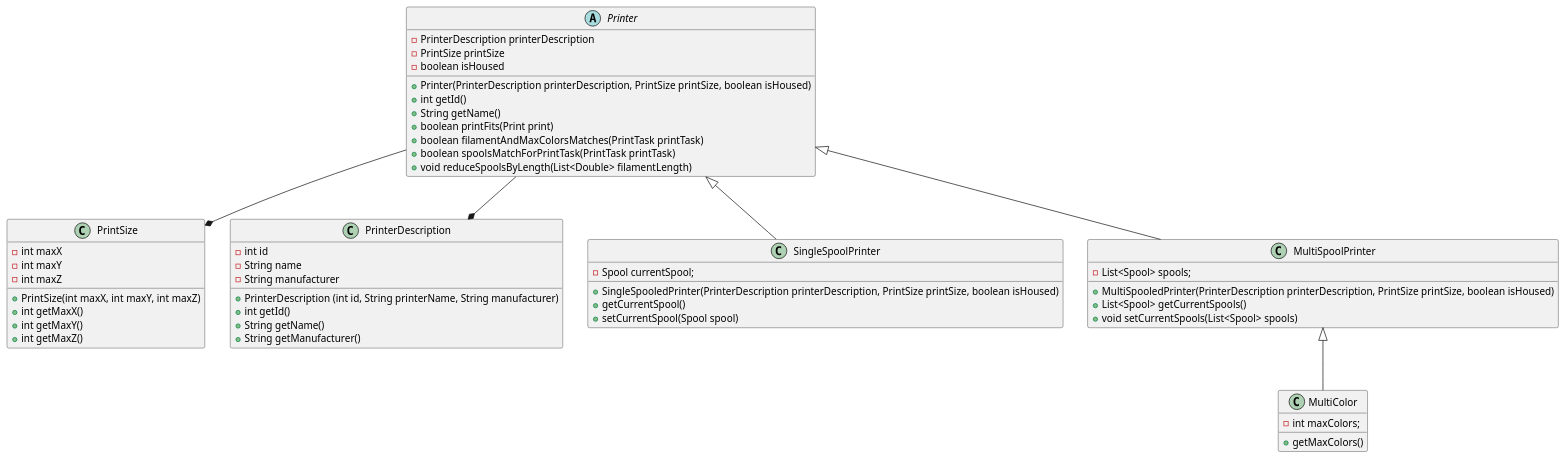
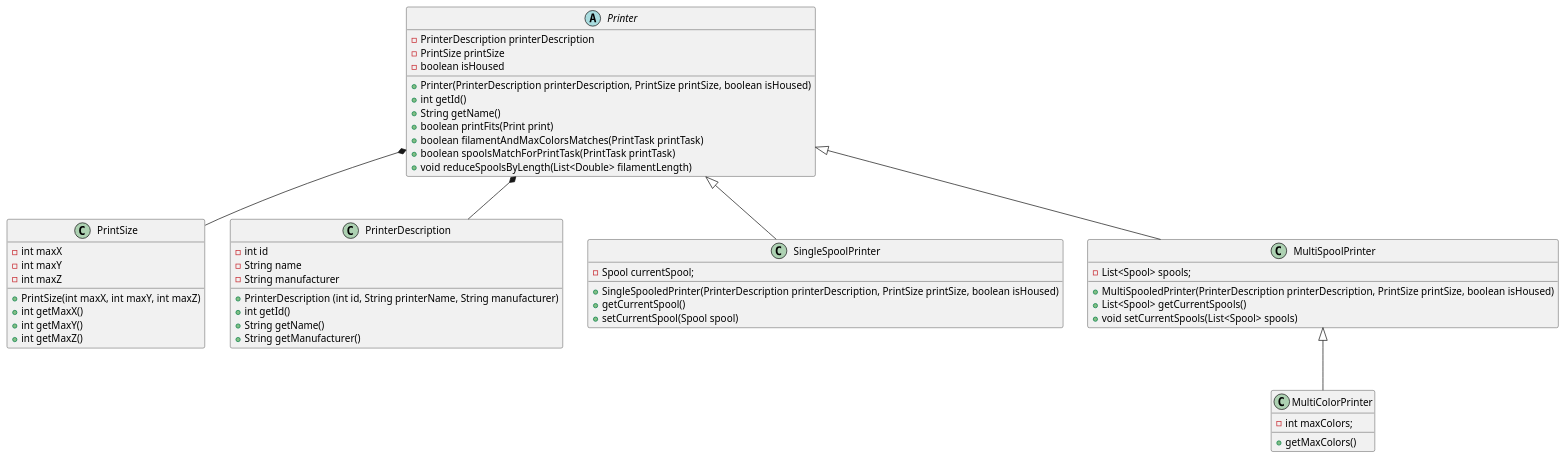
The diagram in src/main/diagrams/SOLID_O-after.puml (hann-xq/system-design), drawn with PlantUML before and after one commit. The commit also changed 16 other files, not shown here.

Commit message:
added diagrams + more refactoring

```diff
--- a/src/main/diagrams/SOLID_O-after.puml
+++ b/src/main/diagrams/SOLID_O-after.puml
@@ -1,63 +1,63 @@
 @startuml
 'https://plantuml.com/class-diagram
 'skinparam classAttributeIconSize 0
 
-Printer --* PrintSize
-Printer --* PrinterDescription
+Printer *-- PrintSize
+Printer *-- PrinterDescription
 
 abstract class Printer {
     - PrinterDescription printerDescription
     - PrintSize printSize
     - boolean isHoused
 
     + Printer(PrinterDescription printerDescription, PrintSize printSize, boolean isHoused)
     + int getId()
     + String getName()
     + boolean printFits(Print print)
     + boolean filamentAndMaxColorsMatches(PrintTask printTask)
     + boolean spoolsMatchForPrintTask(PrintTask printTask)
     + void reduceSpoolsByLength(List<Double> filamentLength)
 
 }
 
 class PrintSize {
     - int maxX
     - int maxY
     - int maxZ
     + PrintSize(int maxX, int maxY, int maxZ)
     + int getMaxX()
     + int getMaxY()
     + int getMaxZ()
 }
 
 class PrinterDescription {
     - int id
     - String name
     - String manufacturer
     + PrinterDescription (int id, String printerName, String manufacturer)
     + int getId()
     + String getName()
     + String getManufacturer()
 }
 
 class SingleSpoolPrinter extends Printer {
     - Spool currentSpool;
     + SingleSpooledPrinter(PrinterDescription printerDescription, PrintSize printSize, boolean isHoused)
     + getCurrentSpool()
     + setCurrentSpool(Spool spool)
 }
 
 class MultiSpoolPrinter extends Printer {
     - List<Spool> spools;
     + MultiSpooledPrinter(PrinterDescription printerDescription, PrintSize printSize, boolean isHoused)
     + List<Spool> getCurrentSpools()
     + void setCurrentSpools(List<Spool> spools)
 }
 
-class MultiColor extends MultiSpoolPrinter {
+class MultiColorPrinter extends MultiSpoolPrinter {
     - int maxColors;
     + getMaxColors()
 }
 
 
 @enduml
```
